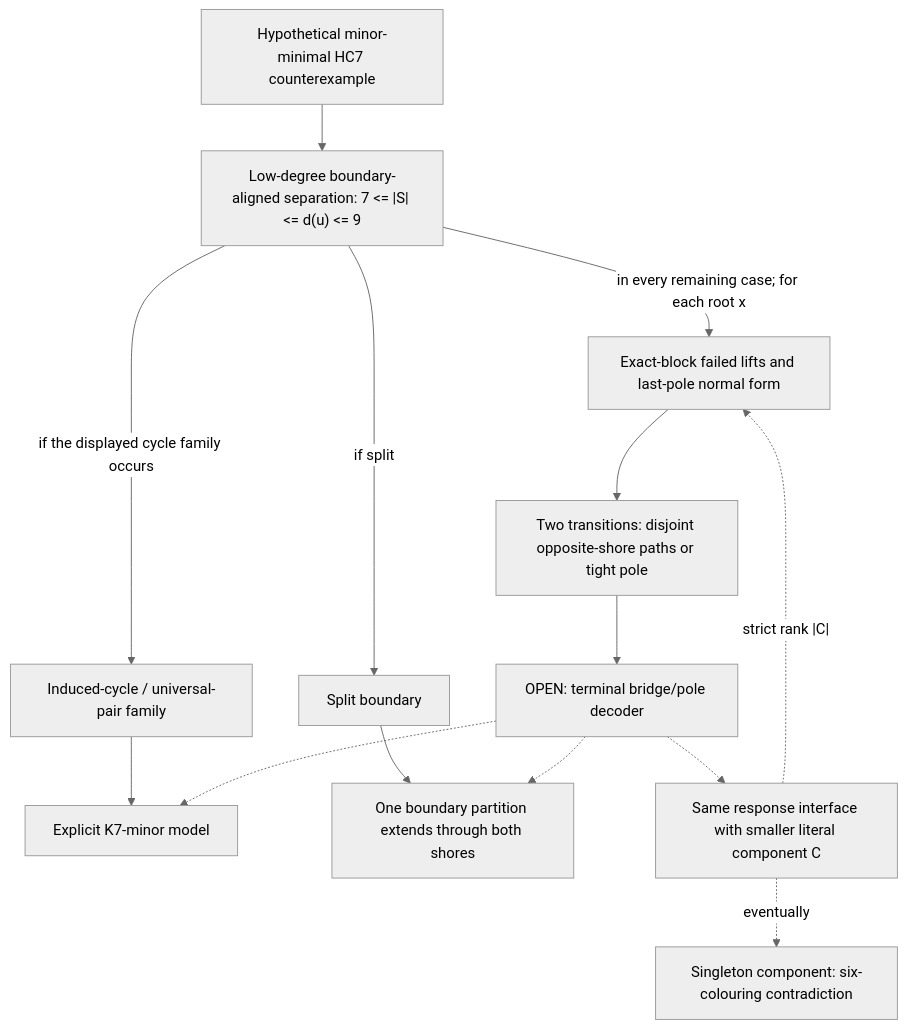
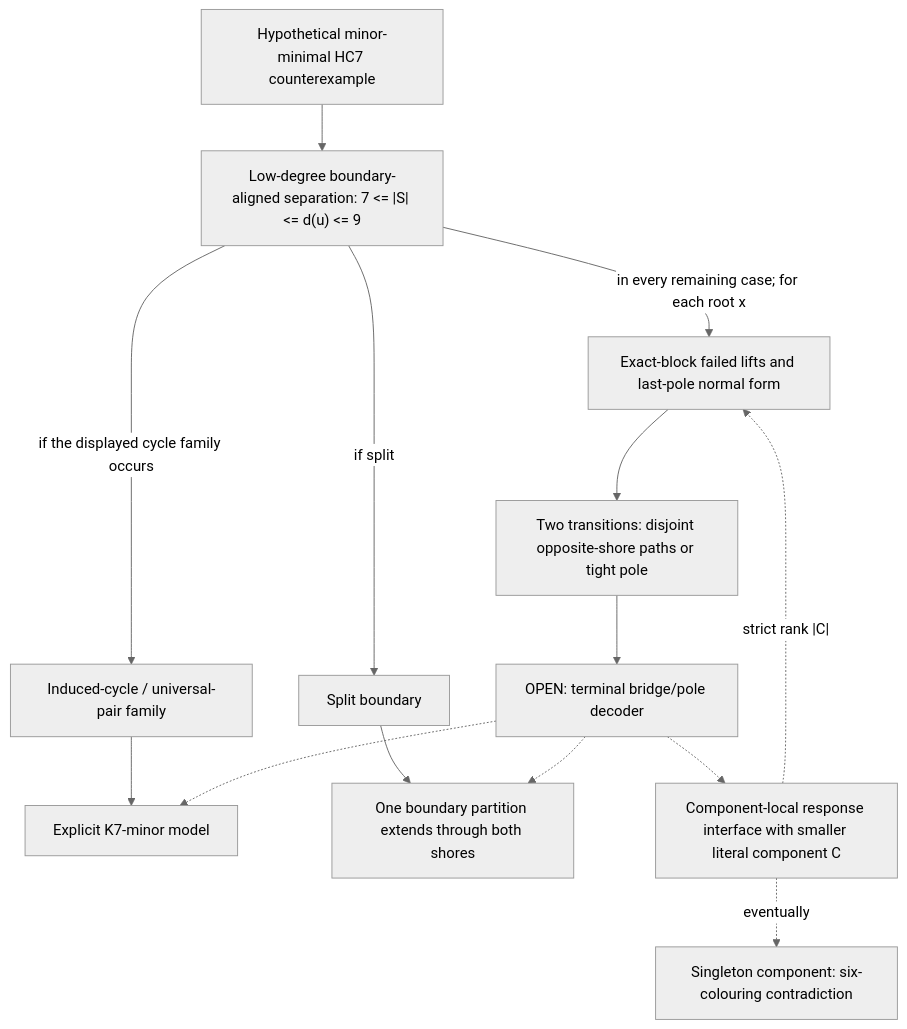
One commit to cavit99/hadwiger-hc7 changed the first of 2 diagrams in active/hc7_live_case_dag.md. Above: the diagram before and after it, drawn with Mermaid (neutral theme). The commit also changed other lines of this file and 8 other files, not shown here.

````diff
--- a/active/hc7_live_case_dag.md
+++ b/active/hc7_live_case_dag.md
@@ -42,26 +44,26 @@
 ```mermaid
 flowchart TD
   G0["Hypothetical minor-minimal HC7 counterexample"]
   E["Low-degree boundary-aligned separation: 7 <= |S| <= d(u) <= 9"]
   SP["Split boundary"]
   CY["Induced-cycle / universal-pair family"]
   KP["Exact-block failed lifts and last-pole normal form"]
   TT["Two transitions: disjoint opposite-shore paths or tight pole"]
   M["OPEN: terminal bridge/pole decoder"]
   K7["Explicit K7-minor model"]
   CP["One boundary partition extends through both shores"]
-  R["Same response interface with smaller literal component C"]
+  R["Component-local response interface with smaller literal component C"]
   ONE["Singleton component: six-colouring contradiction"]
 
   G0 --> E
   E -->|"if split"| SP --> CP
   E -->|"if the displayed cycle family occurs"| CY --> K7
   E -->|"in every remaining case; for each root x"| KP
   KP --> TT
   TT --> M
   M -.-> K7
   M -.-> CP
   M -.-> R
   R -.->|"strict rank |C|"| KP
   R -.->|"eventually"| ONE
 ```
````
